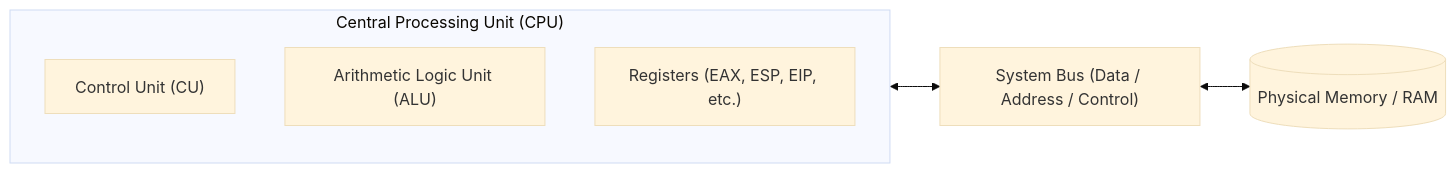
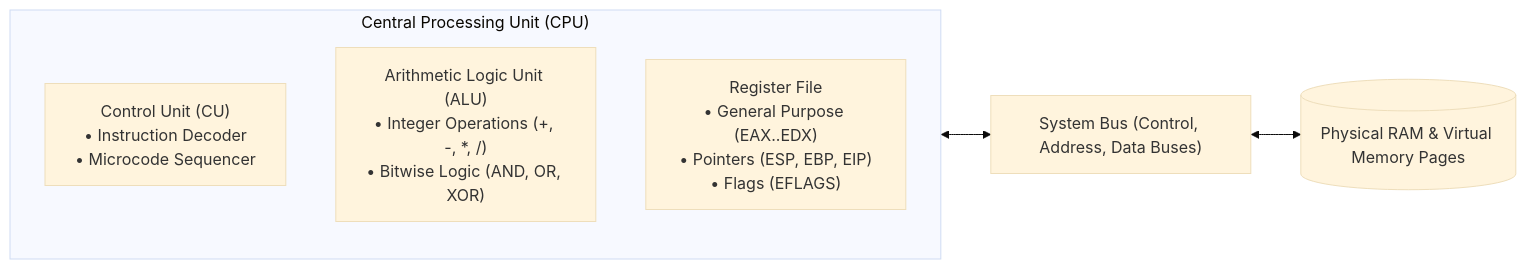
One commit to 3bdo-fathi/3bdo-fathi.github.io changed the first of 3 diagrams in _posts/2026-11-12-ecppt-v3-part-1-system-security-x86-assembly.md. Above: the diagram before and after it, drawn with Mermaid (base theme). The commit also changed other lines of this file and 11 other files, not shown here.

````diff
--- a/_posts/2026-11-12-ecppt-v3-part-1-system-security-x86-assembly.md
+++ b/_posts/2026-11-12-ecppt-v3-part-1-system-security-x86-assembly.md
@@ -45,13 +46,13 @@
 ```mermaid
 flowchart LR
     subgraph CPU ["Central Processing Unit (CPU)"]
-        CU["Control Unit (CU)"]
-        ALU["Arithmetic Logic Unit (ALU)"]
-        REG["Registers (EAX, ESP, EIP, etc.)"]
+        CU["Control Unit (CU)<br/>• Instruction Decoder<br/>• Microcode Sequencer"]
+        ALU["Arithmetic Logic Unit (ALU)<br/>• Integer Operations (+, -, *, /)<br/>• Bitwise Logic (AND, OR, XOR)"]
+        REG["Register File<br/>• General Purpose (EAX..EDX)<br/>• Pointers (ESP, EBP, EIP)<br/>• Flags (EFLAGS)"]
     end
     
-    BUS["System Bus (Data / Address / Control)"]
-    RAM[("Physical Memory / RAM")]
+    BUS["System Bus (Control, Address, Data Buses)"]
+    RAM[("Physical RAM & Virtual Memory Pages")]
     
     CPU <--> BUS <--> RAM
 ```
````
